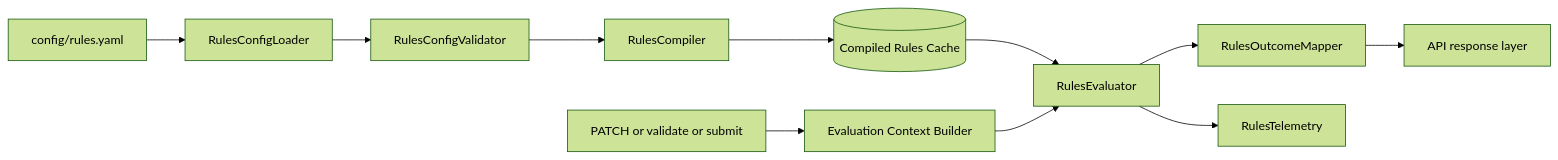
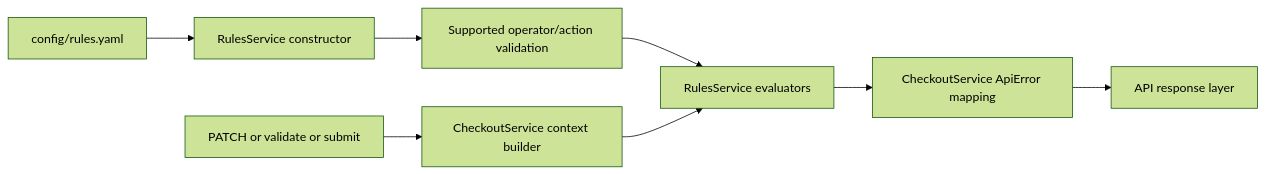
Before and after one commit to chris-piwinsky/experience-api: the second of 4 diagrams in docs/rules-integration-and-expansion.md, drawn with Mermaid (forest theme). The commit also changed other lines of this file, not shown here.

````diff
--- a/docs/rules-integration-and-expansion.md
+++ b/docs/rules-integration-and-expansion.md
@@ -100,14 +97,11 @@
 ```mermaid
 flowchart LR
-  File[config/rules.yaml] --> Loader[RulesConfigLoader]
-  Loader --> Validator[RulesConfigValidator]
-  Validator --> Compiler[RulesCompiler]
-  Compiler --> Cache[(Compiled Rules Cache)]
+  File[config/rules.yaml] --> Loader[RulesService constructor]
+  Loader --> Validator[Supported operator/action validation]
+  Validator --> Evaluator[RulesService evaluators]
 
-  Request[PATCH or validate or submit] --> Context[Evaluation Context Builder]
-  Cache --> Evaluator[RulesEvaluator]
+  Request[PATCH or validate or submit] --> Context[CheckoutService context builder]
   Context --> Evaluator
-  Evaluator --> Mapper[RulesOutcomeMapper]
+  Evaluator --> Mapper[CheckoutService ApiError mapping]
   Mapper --> API[API response layer]
-  Evaluator --> Telemetry[RulesTelemetry]
 ```
````
